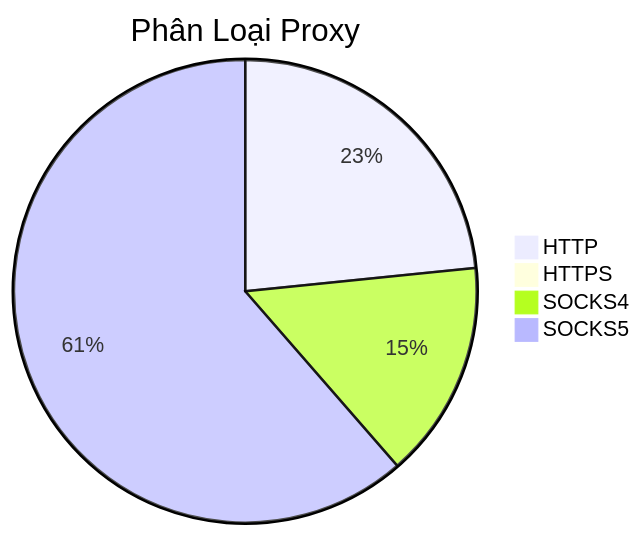
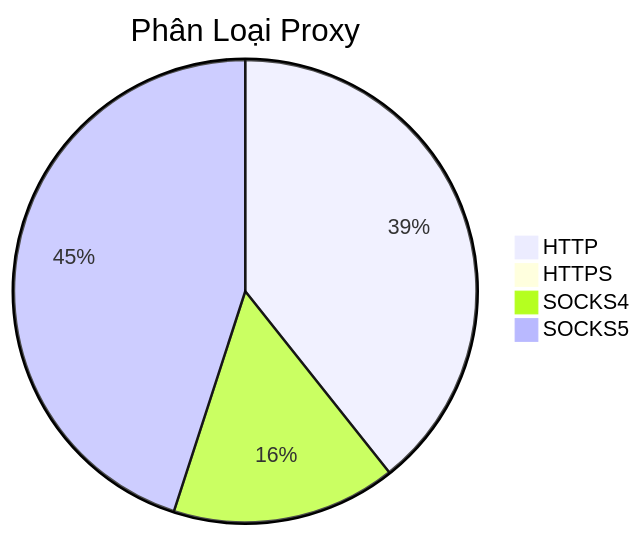
The diagram in README.md (Ciara-12/PROXY-free), drawn with Mermaid before and after one commit. The commit also changed other lines of this file and 3 other files, not shown here.

````diff
--- a/README.md
+++ b/README.md
@@ -26,7 +26,7 @@
 ```mermaid
 pie title Phân Loại Proxy
-    "HTTP" : 643
+    "HTTP" : 1048
     "HTTPS" : 1
     "SOCKS4" : 418
-    "SOCKS5" : 1688
+    "SOCKS5" : 1200
 ```
````
